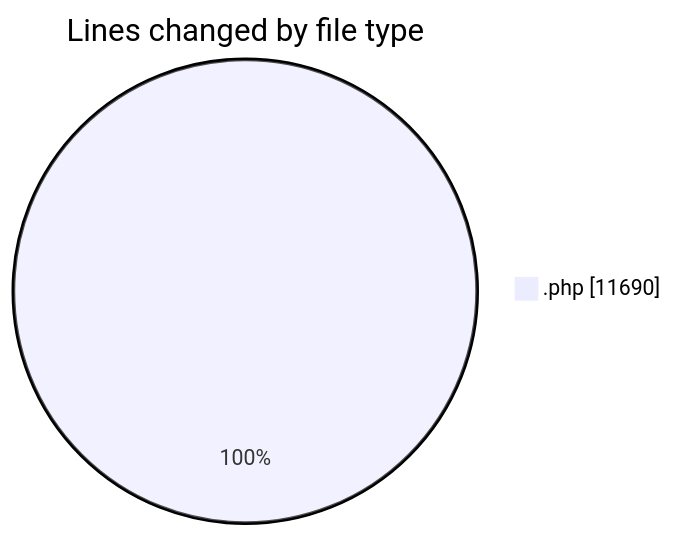
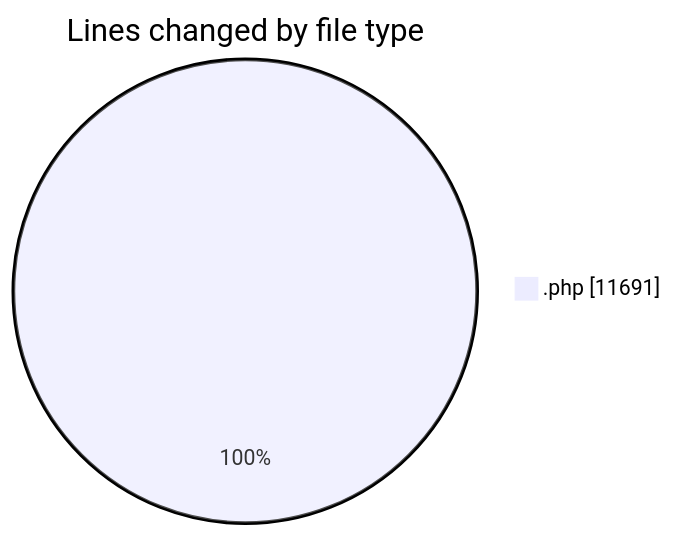
The first of 2 diagrams in 2025-07-21/shop/README.md (vahidmafi/code-tracking), drawn with Mermaid before and after one commit. The commit also changed other lines of this file and 1 other file, not shown here.

````diff
--- a/2025-07-21/shop/README.md
+++ b/2025-07-21/shop/README.md
@@ -28,5 +28,5 @@
 ```mermaid
 pie showData
 title Lines changed by file type
-".php" : 11690
+".php" : 11691
 ```
````
